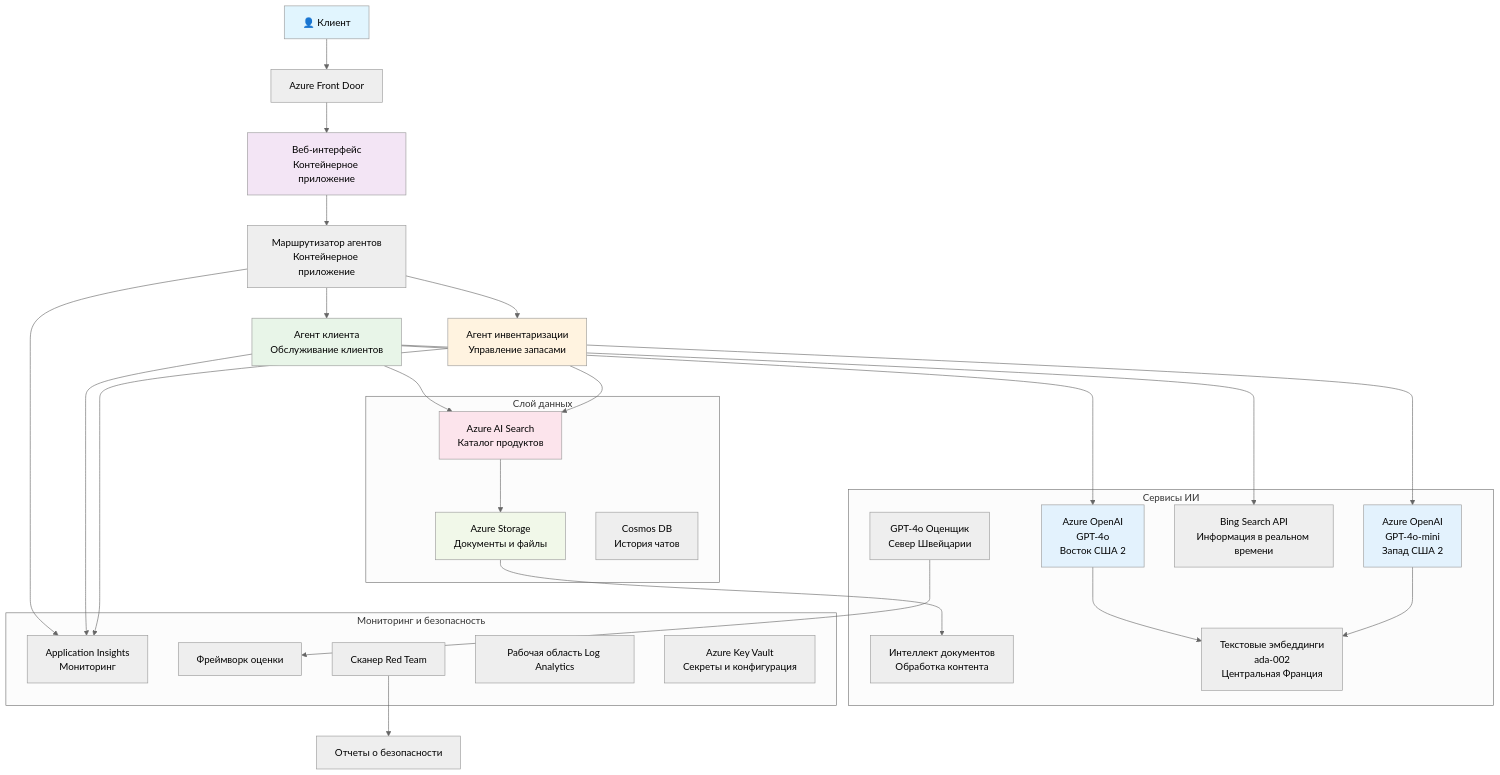
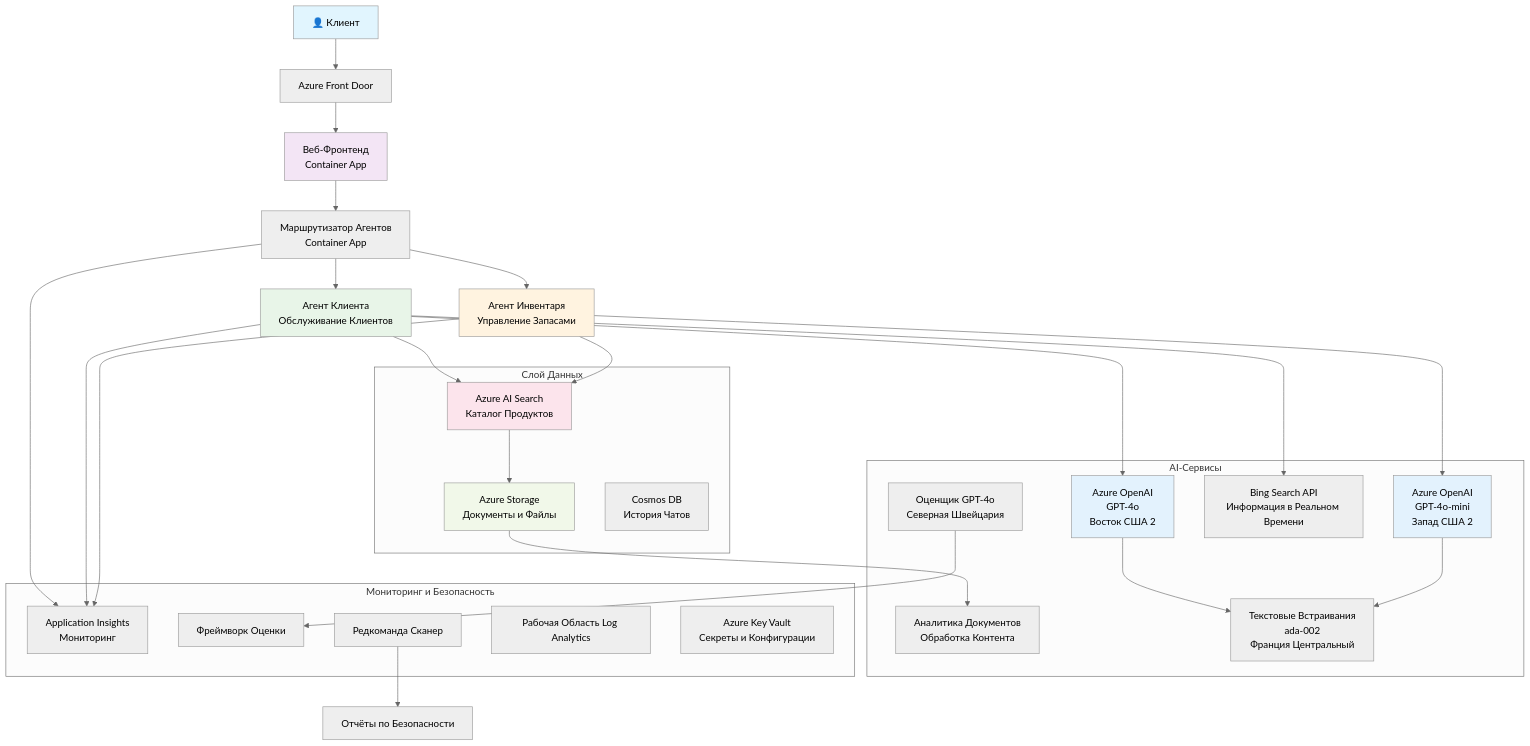
The diagram in translations/ru/examples/retail-scenario.md (microsoft/AZD-for-beginners), drawn with Mermaid (neutral theme) before and after one commit. The commit also changed other lines of this file and 242 other files, not shown here.

````diff
--- a/translations/ru/examples/retail-scenario.md
+++ b/translations/ru/examples/retail-scenario.md
@@ -148,61 +139,61 @@
 ```mermaid
 graph TB
     User[👤 Клиент] --> LB[Azure Front Door]
-    LB --> WebApp[Веб-интерфейс<br/>Контейнерное приложение]
+    LB --> WebApp[Веб-Фронтенд<br/>Container App]
     
-    WebApp --> Router[Маршрутизатор агентов<br/>Контейнерное приложение]
-    Router --> CustomerAgent[Агент клиента<br/>Обслуживание клиентов]
-    Router --> InvAgent[Агент инвентаризации<br/>Управление запасами]
+    WebApp --> Router[Маршрутизатор Агентов<br/>Container App]
+    Router --> CustomerAgent[Агент Клиента<br/>Обслуживание Клиентов]
+    Router --> InvAgent[Агент Инвентаря<br/>Управление Запасами]
     
     CustomerAgent --> OpenAI1[Azure OpenAI<br/>GPT-4o<br/>Восток США 2]
     InvAgent --> OpenAI2[Azure OpenAI<br/>GPT-4o-mini<br/>Запад США 2]
     
-    CustomerAgent --> AISearch[Azure AI Search<br/>Каталог продуктов]
-    CustomerAgent --> BingSearch[Bing Search API<br/>Информация в реальном времени]
+    CustomerAgent --> AISearch[Azure AI Search<br/>Каталог Продуктов]
+    CustomerAgent --> BingSearch[Bing Search API<br/>Информация в Реальном Времени]
     InvAgent --> AISearch
     
-    AISearch --> Storage[Azure Storage<br/>Документы и файлы]
-    Storage --> DocIntel[Интеллект документов<br/>Обработка контента]
+    AISearch --> Storage[Azure Storage<br/>Документы и Файлы]
+    Storage --> DocIntel[Аналитика Документов<br/>Обработка Контента]
     
-    OpenAI1 --> Embeddings[Текстовые эмбеддинги<br/>ada-002<br/>Центральная Франция]
+    OpenAI1 --> Embeddings[Текстовые Встраивания<br/>ada-002<br/>Франция Центральный]
     OpenAI2 --> Embeddings
     
     Router --> AppInsights[Application Insights<br/>Мониторинг]
     CustomerAgent --> AppInsights
     InvAgent --> AppInsights
     
-    GraderModel[GPT-4o Оценщик<br/>Север Швейцарии] --> Evaluation[Фреймворк оценки]
-    RedTeam[Сканер Red Team] --> SecurityReports[Отчеты о безопасности]
+    GraderModel[Оценщик GPT-4o<br/>Северная Швейцария] --> Evaluation[Фреймворк Оценки]
+    RedTeam[Редкоманда Сканер] --> SecurityReports[Отчёты по Безопасности]
     
-    subgraph "Слой данных"
+    subgraph "Слой Данных"
         Storage
         AISearch
-        CosmosDB[Cosmos DB<br/>История чатов]
+        CosmosDB[Cosmos DB<br/>История Чатов]
     end
     
-    subgraph "Сервисы ИИ"
+    subgraph "AI-Сервисы"
         OpenAI1
         OpenAI2
         Embeddings
         GraderModel
         DocIntel
         BingSearch
     end
     
-    subgraph "Мониторинг и безопасность"
+    subgraph "Мониторинг и Безопасность"
         AppInsights
-        LogAnalytics[Рабочая область Log Analytics]
-        KeyVault[Azure Key Vault<br/>Секреты и конфигурация]
+        LogAnalytics[Рабочая Область Log Analytics]
+        KeyVault[Azure Key Vault<br/>Секреты и Конфигурации]
         RedTeam
         Evaluation
     end
     
     style User fill:#e1f5fe
     style WebApp fill:#f3e5f5
     style CustomerAgent fill:#e8f5e8
     style InvAgent fill:#fff3e0
     style OpenAI1 fill:#e3f2fd
     style OpenAI2 fill:#e3f2fd
     style AISearch fill:#fce4ec
     style Storage fill:#f1f8e9
 ```
````
